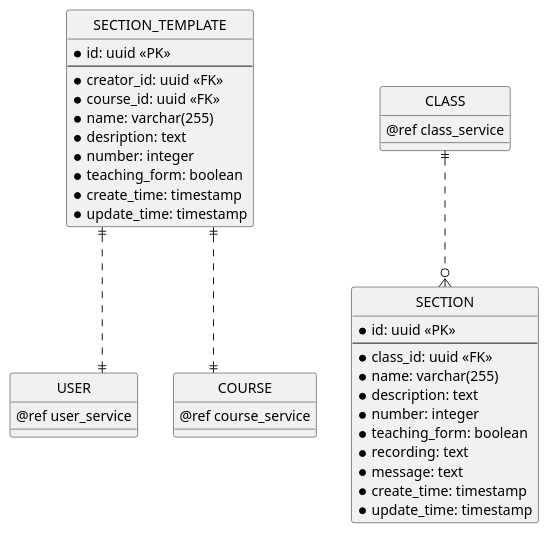
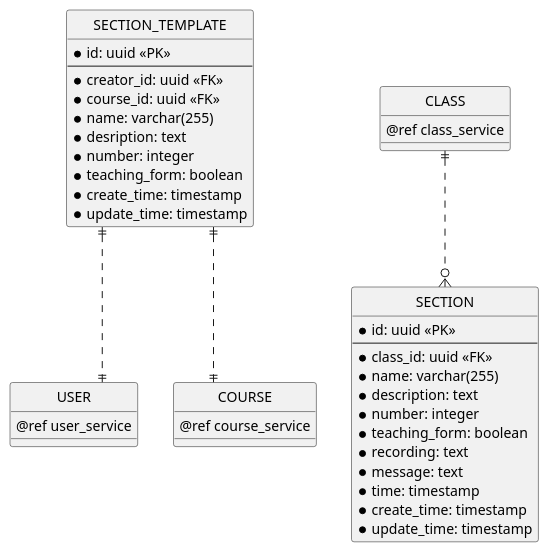
One commit to chungnguyenbkcse/ERD-USECASE-KIDSDRAWING changed the eighth of 13 diagrams in erd.md. Above: the diagram before and after it, drawn with PlantUML.

Commit message:
add time for section

````diff
--- a/erd.md
+++ b/erd.md
@@ -419,54 +419,55 @@
 ```plantuml
 @startuml section_service
 ' hide the spot
 hide circle
 
 ' avoid problems with angled crows feet
 skinparam linetype ortho
 
 entity "USER" as user {
     @ref user_service
 }
 
 entity "COURSE" as course {
     @ref course_service
 }
 
 entity "SECTION" as section {
     * id: uuid <<PK>>
     --
     * class_id: uuid <<FK>>
     * name: varchar(255)
     * description: text
     * number: integer
     * teaching_form: boolean
     * recording: text
     * message: text
+    * time: timestamp
     * create_time: timestamp
     * update_time: timestamp
 }
 
 entity "SECTION_TEMPLATE" as section_template {
     * id: uuid <<PK>>
     --
     * creator_id: uuid <<FK>>
     * course_id: uuid <<FK>>
     * name: varchar(255)
     * desription: text
     * number: integer
     * teaching_form: boolean
     * create_time: timestamp
     * update_time: timestamp
 }
 
 
 entity "CLASS" as class {
     @ref class_service
 }
 
 ' Section Relationship
 class ||..o{ section
 section_template ||..|| user
 section_template ||..|| course
 @enduml
 ```
````
